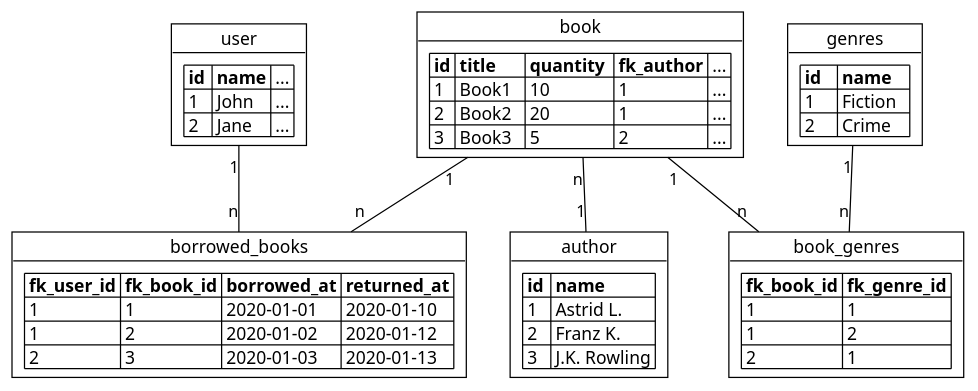
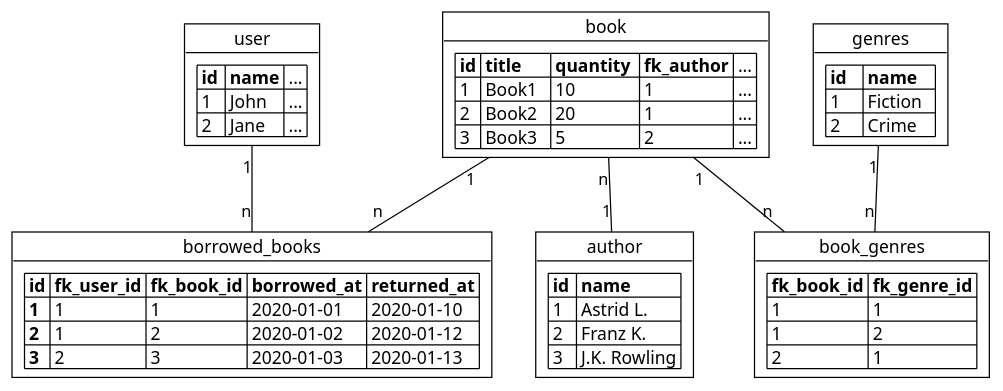
The diagram in material/diagrams/database-sample.plantuml (teleidoskopbild/delphine-project-week-library), drawn with PlantUML before and after one commit. The commit also changed 7 other files, not shown here.

```diff
--- a/material/diagrams/database-sample.plantuml
+++ b/material/diagrams/database-sample.plantuml
@@ -1,52 +1,52 @@
 @startuml database-sample
 
 ' https://github.com/plantuml/plantuml/blob/master
 !theme plain
 
 object user {
     |= id |= name | ... |
     | 1   | John  | ... |
     | 2   | Jane  | ... |
 }
 
 object book {
     |= id |= title |= quantity  |= fk_author | ... | 
     | 1  | Book1   | 10         | 1          | ... |
     | 2  | Book2   | 20         | 1          | ... |
     | 3  | Book3   | 5          | 2          | ... |
 }
 
 object borrowed_books {
-    |= fk_user_id |= fk_book_id |= borrowed_at |= returned_at |
-    | 1           | 1           | 2020-01-01   | 2020-01-10   |
-    | 1           | 2           | 2020-01-02   | 2020-01-12   |
-    | 2           | 3           | 2020-01-03   | 2020-01-13   |
+    |= id |= fk_user_id |= fk_book_id |= borrowed_at |= returned_at |
+    |= 1  | 1           | 1           | 2020-01-01   | 2020-01-10   |
+    |= 2  | 1           | 2           | 2020-01-02   | 2020-01-12   |
+    |= 3  | 2           | 3           | 2020-01-03   | 2020-01-13   |
 }
 
 object genres {
     |= id   |= name    |
     | 1     | Fiction  |
     | 2     | Crime    |
 }
 
 object book_genres {
     |= fk_book_id |= fk_genre_id |
     | 1           | 1            |
     | 1           | 2            |
     | 2           | 1            |
 }
 
 object author {
     |= id |= name        |
     | 1   | Astrid L.    |
     | 2   | Franz K.     |
     | 3   | J.K. Rowling |
 }
 
 user "1" -- "n" borrowed_books
 book "1" -- "n" borrowed_books
 book "1" -- "n" book_genres
 genres "1" -- "n" book_genres
 book "n" -- "1" author
 
 @enduml
```
